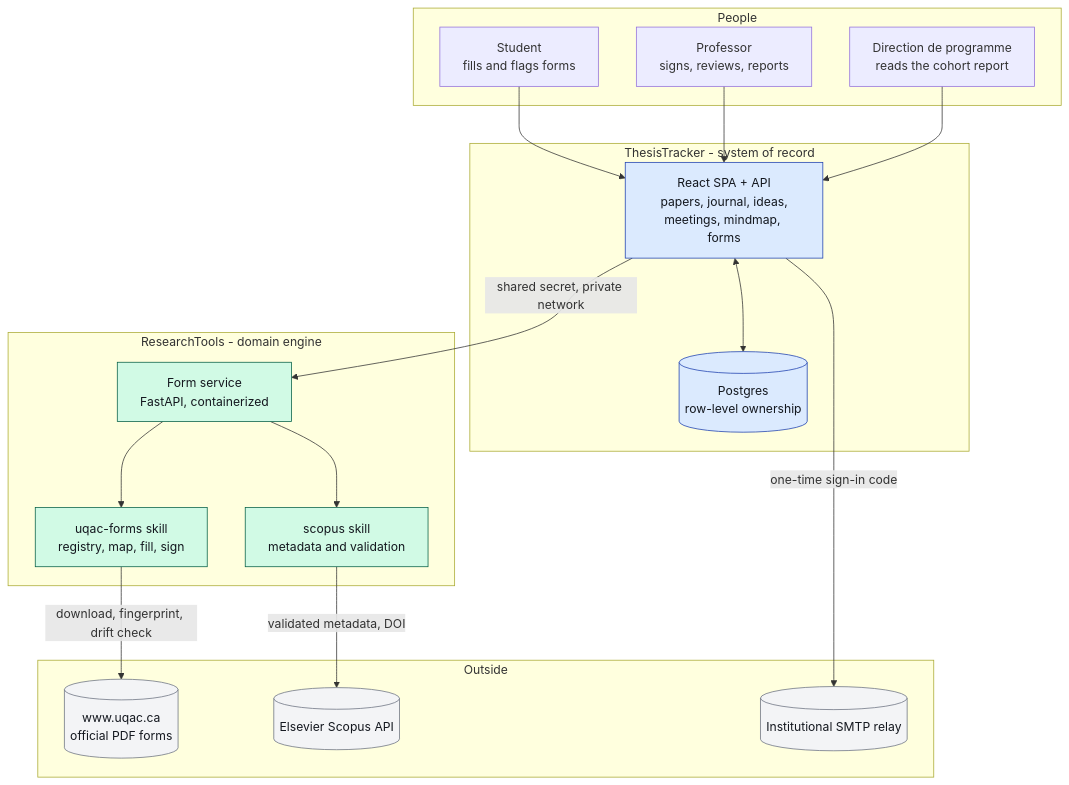
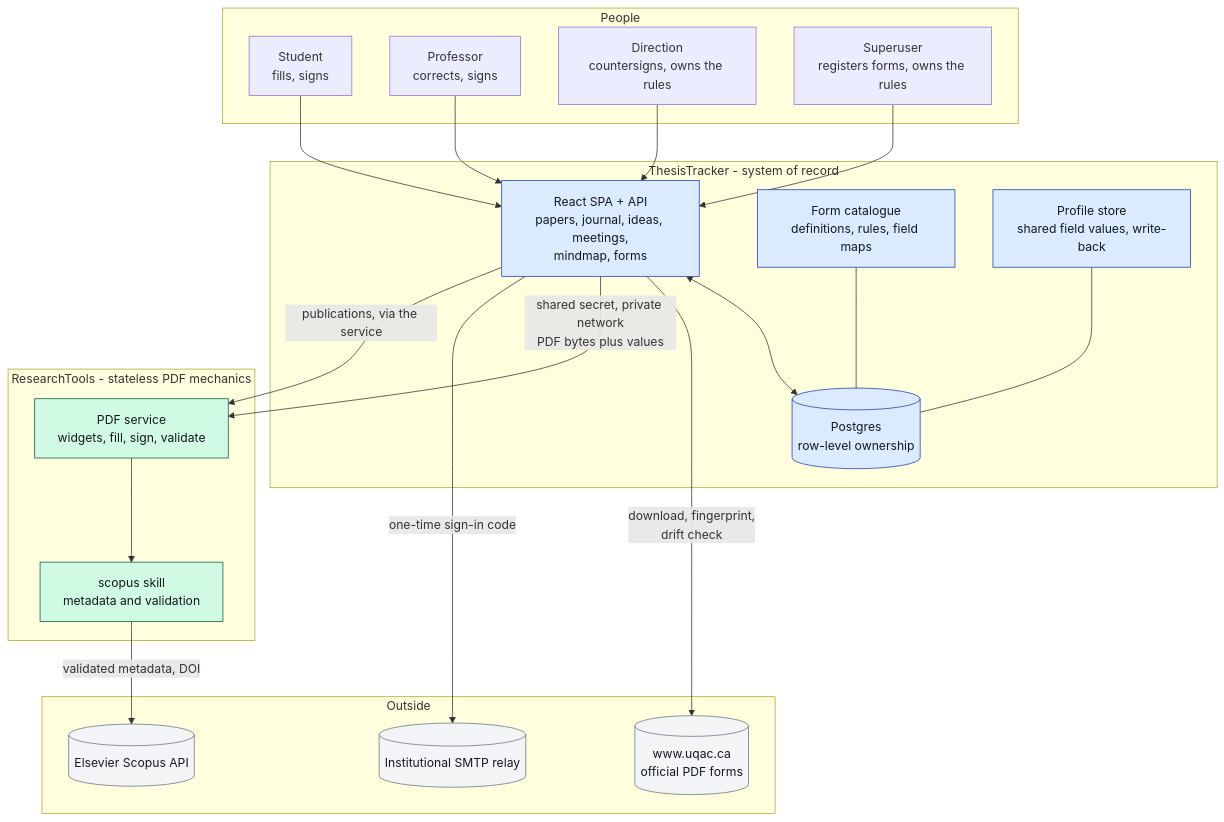
The first of 11 diagrams in NEW_ARCHITECTURE.md (LARi-UQAC/ResearchTools), drawn with Mermaid before and after one commit. The commit also changed other lines of this file, not shown here.

First line of the commit message:
docs: per-form workflow rules, and the corrected repository boundary

````diff
--- a/NEW_ARCHITECTURE.md
+++ b/NEW_ARCHITECTURE.md
@@ -43,43 +56,48 @@
 ```mermaid
 flowchart TB
   subgraph People["People"]
-    STU["Student<br/>fills and flags forms"]
-    PROF["Professor<br/>signs, reviews, reports"]
-    DIR["Direction de programme<br/>reads the cohort report"]
+    STU["Student<br/>fills, signs"]
+    PROF["Professor<br/>corrects, signs"]
+    DIRE["Direction<br/>countersigns, owns the rules"]
+    SUPER["Superuser<br/>registers forms, owns the rules"]
   end
 
   subgraph TT["ThesisTracker - system of record"]
-    APP["React SPA + API<br/>papers, journal, ideas,<br/>meetings, mindmap, forms"]
+    APP["React SPA + API<br/>papers, journal, ideas, meetings,<br/>mindmap, forms"]
+    CAT["Form catalogue<br/>definitions, rules, field maps"]
+    PROF_STORE["Profile store<br/>shared field values, write-back"]
     DB[("Postgres<br/>row-level ownership")]
   end
 
-  subgraph RT["ResearchTools - domain engine"]
-    SVC["Form service<br/>FastAPI, containerized"]
-    SKILL["uqac-forms skill<br/>registry, map, fill, sign"]
+  subgraph RT["ResearchTools - stateless PDF mechanics"]
+    SVC["PDF service<br/>widgets, fill, sign, validate"]
     SCOPUS["scopus skill<br/>metadata and validation"]
   end
 
   subgraph Outside["Outside"]
     UQAC[("www.uqac.ca<br/>official PDF forms")]
     ELS[("Elsevier Scopus API")]
     MAIL[("Institutional SMTP relay")]
   end
 
   STU --> APP
   PROF --> APP
-  DIR --> APP
+  DIRE --> APP
+  SUPER --> APP
   APP <--> DB
-  APP -->|"shared secret, private network"| SVC
-  SVC --> SKILL
+  CAT --- DB
+  PROF_STORE --- DB
+  APP -->|"download, fingerprint,<br/>drift check"| UQAC
+  APP -->|"shared secret, private network<br/>PDF bytes plus values"| SVC
+  APP -->|"one-time sign-in code"| MAIL
+  APP -->|"publications, via the service"| SVC
   SVC --> SCOPUS
-  SKILL -->|"download, fingerprint, drift check"| UQAC
   SCOPUS -->|"validated metadata, DOI"| ELS
-  APP -->|"one-time sign-in code"| MAIL
 
   classDef tt fill:#DBEAFE,stroke:#1E40AF,color:#14181F
   classDef rt fill:#D1FAE5,stroke:#065F46,color:#14181F
   classDef out fill:#F3F4F6,stroke:#6B7280,color:#14181F
-  class APP,DB tt
-  class SVC,SKILL,SCOPUS rt
+  class APP,DB,CAT,PROF_STORE tt
+  class SVC,SCOPUS rt
   class UQAC,ELS,MAIL out
 ```
````
